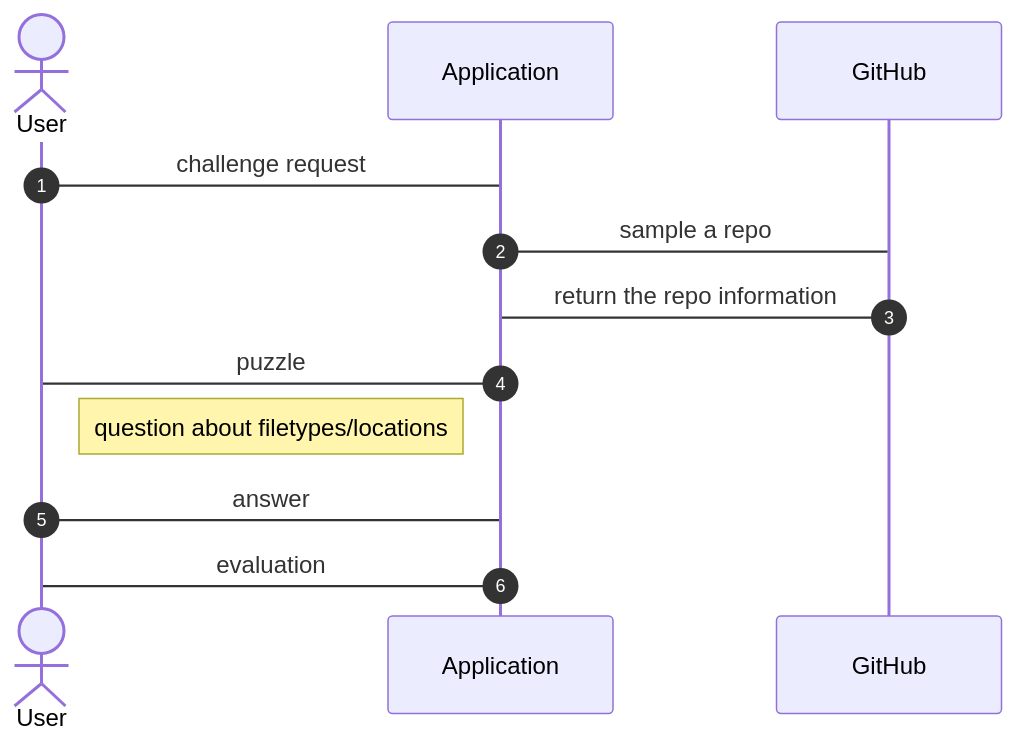
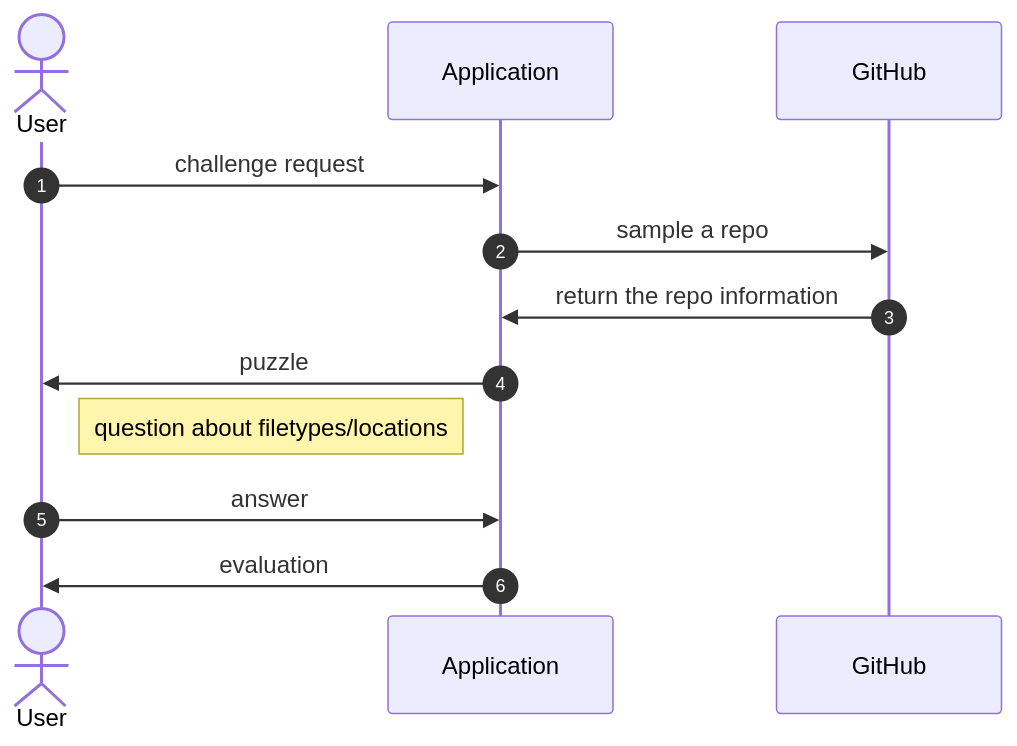
One commit to maciejskorski/software_engineering changed the diagram in docs/uml_modelling.md. Above: the diagram before and after it, drawn with Mermaid.

````diff
--- a/docs/uml_modelling.md
+++ b/docs/uml_modelling.md
@@ -28,16 +28,16 @@
 ```mermaid
 sequenceDiagram
     autonumber
 
     actor user as User
     participant app as Application
     participant github as GitHub
 
-    user -> app: challenge request
-    app -> github: sample a repo
-    github -> app: return the repo information
-    app -> user: puzzle
+    user ->> app: challenge request
+    app ->> github: sample a repo
+    github ->> app: return the repo information
+    app ->> user: puzzle
     note left of app: question about filetypes/locations
-    user -> app: answer
-    app -> user: evaluation
+    user ->> app: answer
+    app ->> user: evaluation
 ```
````
